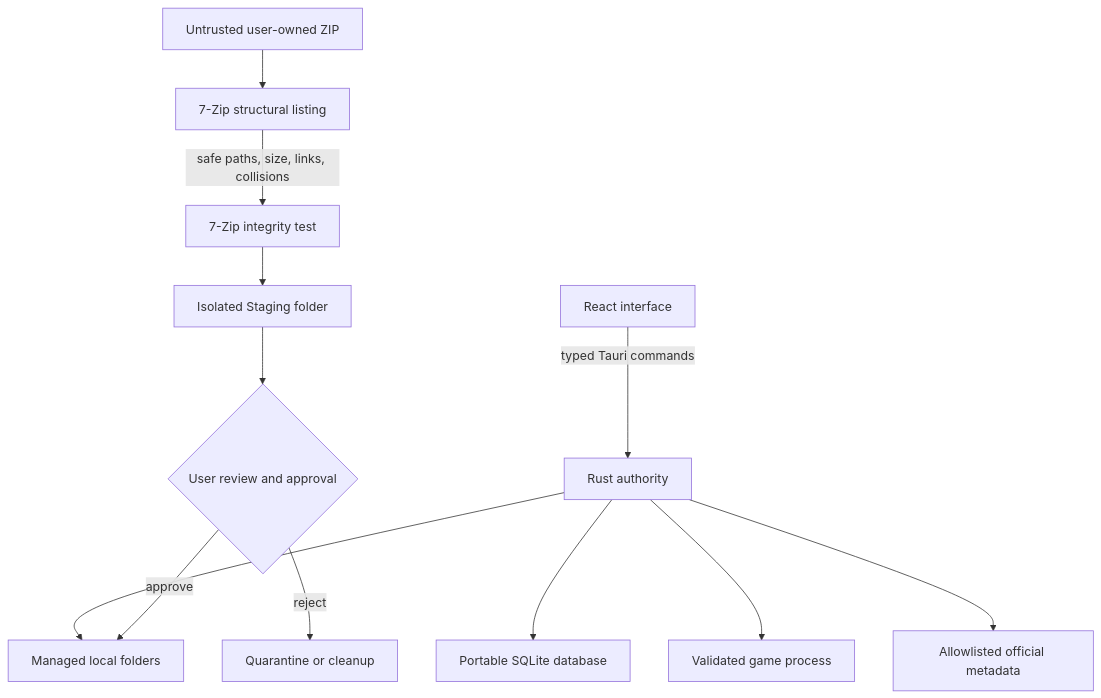
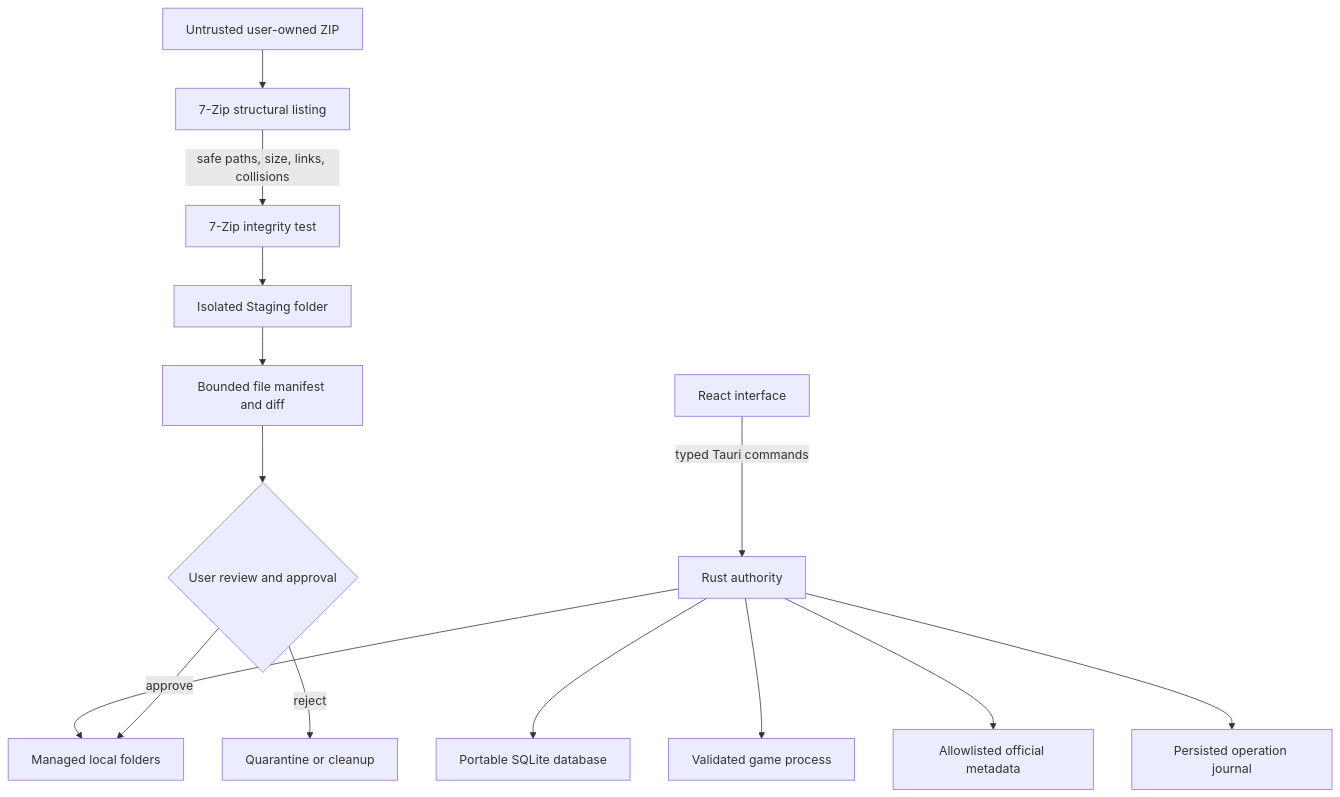
One commit to NouraldinFarge/gamevault changed the diagram in docs/ARCHITECTURE.md. Above: the diagram before and after it, drawn with Mermaid. The commit also changed other lines of this file and 68 other files, not shown here.

````diff
--- a/docs/ARCHITECTURE.md
+++ b/docs/ARCHITECTURE.md
@@ -7,14 +7,16 @@
 ```mermaid
 flowchart TD
     UI["React interface"] -->|typed Tauri commands| R["Rust authority"]
     R --> DB["Portable SQLite database"]
     R --> FS["Managed local folders"]
     R --> EXE["Validated game process"]
     R --> META["Allowlisted official metadata"]
     ZIP["Untrusted user-owned ZIP"] --> LIST["7-Zip structural listing"]
     LIST -->|safe paths, size, links, collisions| TEST["7-Zip integrity test"]
     TEST --> STAGE["Isolated Staging folder"]
-    STAGE --> REVIEW{"User review and approval"}
+    STAGE --> DIFF["Bounded file manifest and diff"]
+    DIFF --> REVIEW{"User review and approval"}
     REVIEW -->|approve| FS
     REVIEW -->|reject| Q["Quarantine or cleanup"]
+    R --> OPS["Persisted operation journal"]
 ```
````
